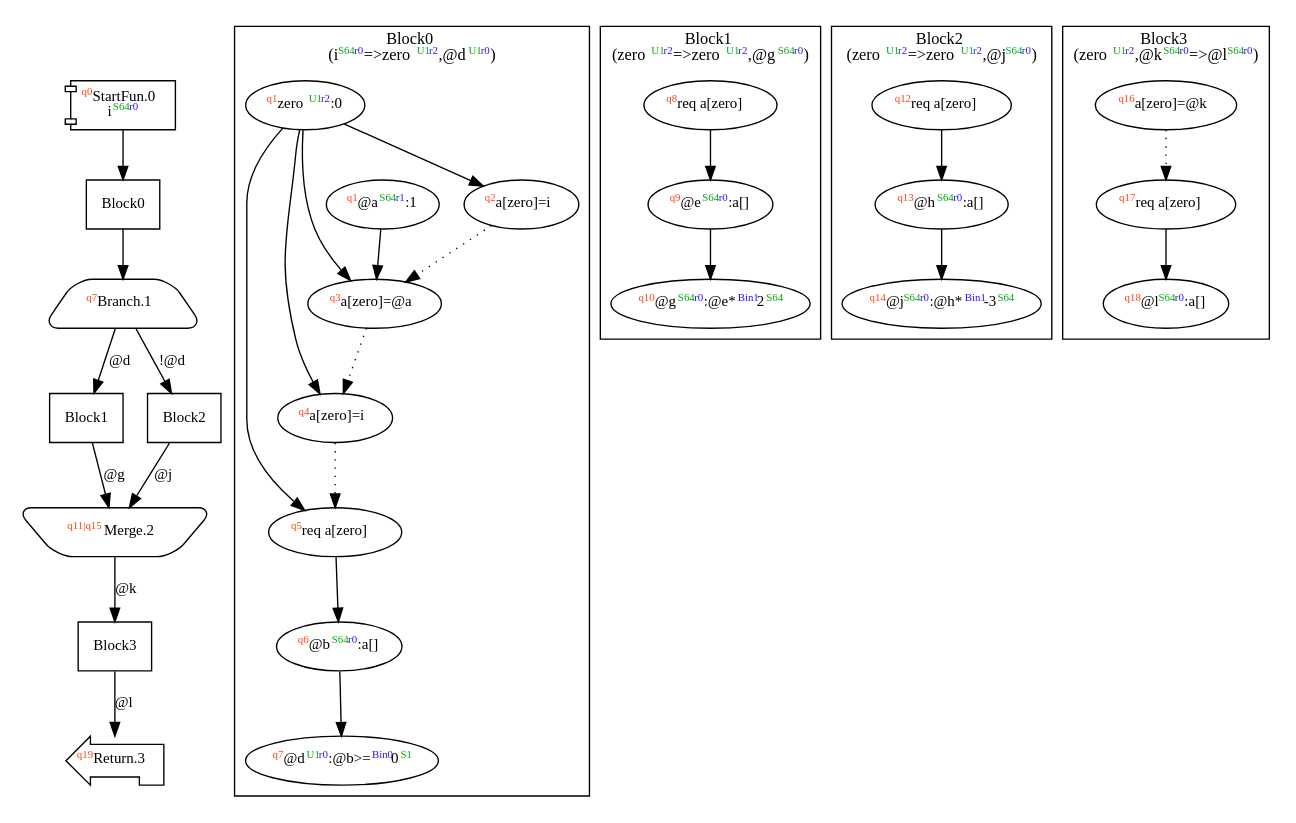
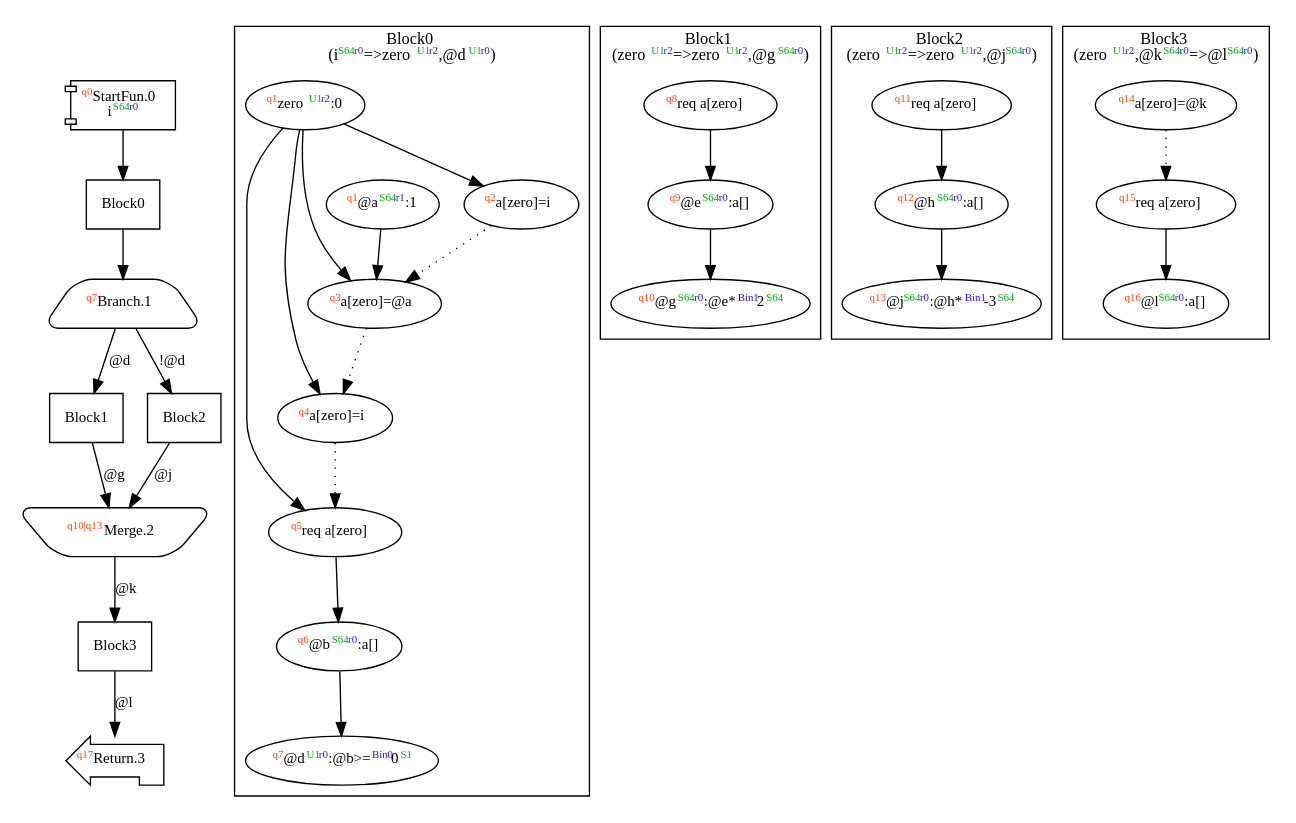
Before and after one commit to akouryy/SyntheScala: the diagram in dist/dependencyTest.dot, drawn with Graphviz. The commit also changed 19 other files, not shown here.

Commit message:
Remove Jump.Merge-occupied state

```diff
--- a/dist/dependencyTest.dot
+++ b/dist/dependencyTest.dot
@@ -1,73 +1,73 @@
 digraph Program_ {
   graph [fontname = "Monaco", fontsize = 12, ranksep = 0.5];
   node [shape = box, fontname = "Monaco", fontsize = 11; colorscheme = pastel19];
   edge [fontname = "Monaco", fontsize = 11; colorscheme = pastel19];
   Jump0[label = <<font color="#ff4411" point-size="8"><sup>q0</sup></font>StartFun.0<br/>i<font color="#00aa11" point-size="8"><sup>S64</sup></font><font color="#3311ff" point-size="8"><sup>r0</sup></font>>; shape = component];
   Jump0 -> Block0;
   Jump1[
     label = <<font color="#ff4411" point-size="8"><sup>q7</sup></font>Branch.1>;
     shape = trapezium; style = rounded;
   ];
   Block0 -> Jump1;
   Jump1 -> Block1 [label="@d"];
   Jump1 -> Block2 [label="!@d"];
-  Jump2[label = <<font color="#ff4411" point-size="8"><sup>q11|q15</sup></font>Merge.2>; shape = invtrapezium; style = rounded];
+  Jump2[label = <<font color="#ff4411" point-size="8"><sup>q10|q13</sup></font>Merge.2>; shape = invtrapezium; style = rounded];
   Block1 -> Jump2 [label="@g"];
   Block2 -> Jump2 [label="@j"];
   Jump2 -> Block3 [label="@k"];
-  Jump3[label = <<font color="#ff4411" point-size="8"><sup>q19</sup></font>Return.3>; shape = lpromoter];
+  Jump3[label = <<font color="#ff4411" point-size="8"><sup>q17</sup></font>Return.3>; shape = lpromoter];
   Block3 -> Jump3 [label="@l"];
   Block0 [label = "Block0"];
   Block1 [label = "Block1"];
   Block2 [label = "Block2"];
   Block3 [label = "Block3"];
   subgraph cluster_dfg_Block0 {
     node [shape = oval];
     label = <Block0<br/>(i<font color="#00aa11" point-size="8"><sup>S64</sup></font><font color="#3311ff" point-size="8"><sup>r0</sup></font>=&gt;zero<font color="#00aa11" point-size="8"><sup>U1</sup></font><font color="#3311ff" point-size="8"><sup>r2</sup></font>,@d<font color="#00aa11" point-size="8"><sup>U1</sup></font><font color="#3311ff" point-size="8"><sup>r0</sup></font>)>;
     0 [label=<<font color="#ff4411" point-size="8"><sup>q1</sup></font>zero<font color="#00aa11" point-size="8"><sup>U1</sup></font><font color="#3311ff" point-size="8"><sup>r2</sup></font>:0>];
     5 [label=<<font color="#ff4411" point-size="8"><sup>q5</sup></font>req a[zero]>];
     1 [label=<<font color="#ff4411" point-size="8"><sup>q2</sup></font>a[zero]=i>];
     6 [label=<<font color="#ff4411" point-size="8"><sup>q6</sup></font>@b<font color="#00aa11" point-size="8"><sup>S64</sup></font><font color="#3311ff" point-size="8"><sup>r0</sup></font>:a[]>];
     2 [label=<<font color="#ff4411" point-size="8"><sup>q1</sup></font>@a<font color="#00aa11" point-size="8"><sup>S64</sup></font><font color="#3311ff" point-size="8"><sup>r1</sup></font>:1>];
     3 [label=<<font color="#ff4411" point-size="8"><sup>q3</sup></font>a[zero]=@a>];
     8 [label=<<font color="#ff4411" point-size="8"><sup>q7</sup></font>@d<font color="#00aa11" point-size="8"><sup>U1</sup></font><font color="#3311ff" point-size="8"><sup>r0</sup></font>:@b&gt;=<font color="#3311ff" point-size="8"><sup>Bin0</sup></font>0<font color="#00aa11" point-size="8"><sup>S1</sup></font>>];
     4 [label=<<font color="#ff4411" point-size="8"><sup>q4</sup></font>a[zero]=i>];
     0 -> 1;
     0 -> 3;
     0 -> 4;
     0 -> 5;
     2 -> 3;
     6 -> 8;
     1 -> 3 [style = dotted];
     3 -> 4 [style = dotted];
     4 -> 5 [style = dotted];
     5 -> 6 [style = solid];
   }
   subgraph cluster_dfg_Block1 {
     node [shape = oval];
     label = <Block1<br/>(zero<font color="#00aa11" point-size="8"><sup>U1</sup></font><font color="#3311ff" point-size="8"><sup>r2</sup></font>=&gt;zero<font color="#00aa11" point-size="8"><sup>U1</sup></font><font color="#3311ff" point-size="8"><sup>r2</sup></font>,@g<font color="#00aa11" point-size="8"><sup>S64</sup></font><font color="#3311ff" point-size="8"><sup>r0</sup></font>)>;
     10 [label=<<font color="#ff4411" point-size="8"><sup>q9</sup></font>@e<font color="#00aa11" point-size="8"><sup>S64</sup></font><font color="#3311ff" point-size="8"><sup>r0</sup></font>:a[]>];
     9 [label=<<font color="#ff4411" point-size="8"><sup>q8</sup></font>req a[zero]>];
     12 [label=<<font color="#ff4411" point-size="8"><sup>q10</sup></font>@g<font color="#00aa11" point-size="8"><sup>S64</sup></font><font color="#3311ff" point-size="8"><sup>r0</sup></font>:@e*<font color="#3311ff" point-size="8"><sup>Bin1</sup></font>2<font color="#00aa11" point-size="8"><sup>S64</sup></font>>];
     10 -> 12;
     9 -> 10 [style = solid];
   }
   subgraph cluster_dfg_Block2 {
     node [shape = oval];
     label = <Block2<br/>(zero<font color="#00aa11" point-size="8"><sup>U1</sup></font><font color="#3311ff" point-size="8"><sup>r2</sup></font>=&gt;zero<font color="#00aa11" point-size="8"><sup>U1</sup></font><font color="#3311ff" point-size="8"><sup>r2</sup></font>,@j<font color="#00aa11" point-size="8"><sup>S64</sup></font><font color="#3311ff" point-size="8"><sup>r0</sup></font>)>;
-    14 [label=<<font color="#ff4411" point-size="8"><sup>q13</sup></font>@h<font color="#00aa11" point-size="8"><sup>S64</sup></font><font color="#3311ff" point-size="8"><sup>r0</sup></font>:a[]>];
-    13 [label=<<font color="#ff4411" point-size="8"><sup>q12</sup></font>req a[zero]>];
-    16 [label=<<font color="#ff4411" point-size="8"><sup>q14</sup></font>@j<font color="#00aa11" point-size="8"><sup>S64</sup></font><font color="#3311ff" point-size="8"><sup>r0</sup></font>:@h*<font color="#3311ff" point-size="8"><sup>Bin1</sup></font>-3<font color="#00aa11" point-size="8"><sup>S64</sup></font>>];
+    14 [label=<<font color="#ff4411" point-size="8"><sup>q12</sup></font>@h<font color="#00aa11" point-size="8"><sup>S64</sup></font><font color="#3311ff" point-size="8"><sup>r0</sup></font>:a[]>];
+    13 [label=<<font color="#ff4411" point-size="8"><sup>q11</sup></font>req a[zero]>];
+    16 [label=<<font color="#ff4411" point-size="8"><sup>q13</sup></font>@j<font color="#00aa11" point-size="8"><sup>S64</sup></font><font color="#3311ff" point-size="8"><sup>r0</sup></font>:@h*<font color="#3311ff" point-size="8"><sup>Bin1</sup></font>-3<font color="#00aa11" point-size="8"><sup>S64</sup></font>>];
     14 -> 16;
     13 -> 14 [style = solid];
   }
   subgraph cluster_dfg_Block3 {
     node [shape = oval];
     label = <Block3<br/>(zero<font color="#00aa11" point-size="8"><sup>U1</sup></font><font color="#3311ff" point-size="8"><sup>r2</sup></font>,@k<font color="#00aa11" point-size="8"><sup>S64</sup></font><font color="#3311ff" point-size="8"><sup>r0</sup></font>=&gt;@l<font color="#00aa11" point-size="8"><sup>S64</sup></font><font color="#3311ff" point-size="8"><sup>r0</sup></font>)>;
-    17 [label=<<font color="#ff4411" point-size="8"><sup>q16</sup></font>a[zero]=@k>];
-    19 [label=<<font color="#ff4411" point-size="8"><sup>q18</sup></font>@l<font color="#00aa11" point-size="8"><sup>S64</sup></font><font color="#3311ff" point-size="8"><sup>r0</sup></font>:a[]>];
-    18 [label=<<font color="#ff4411" point-size="8"><sup>q17</sup></font>req a[zero]>];
+    17 [label=<<font color="#ff4411" point-size="8"><sup>q14</sup></font>a[zero]=@k>];
+    19 [label=<<font color="#ff4411" point-size="8"><sup>q16</sup></font>@l<font color="#00aa11" point-size="8"><sup>S64</sup></font><font color="#3311ff" point-size="8"><sup>r0</sup></font>:a[]>];
+    18 [label=<<font color="#ff4411" point-size="8"><sup>q15</sup></font>req a[zero]>];
     17 -> 18 [style = dotted];
     18 -> 19 [style = solid];
   }
 }
```
